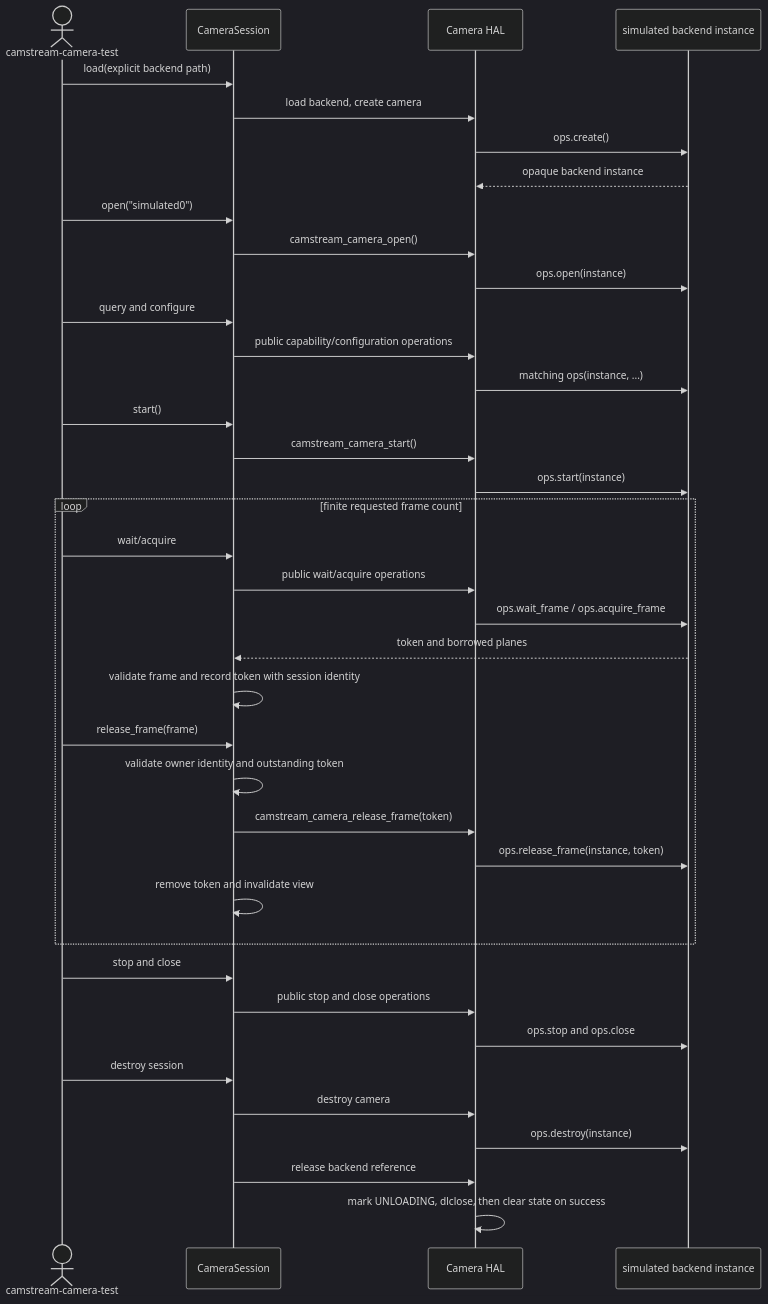
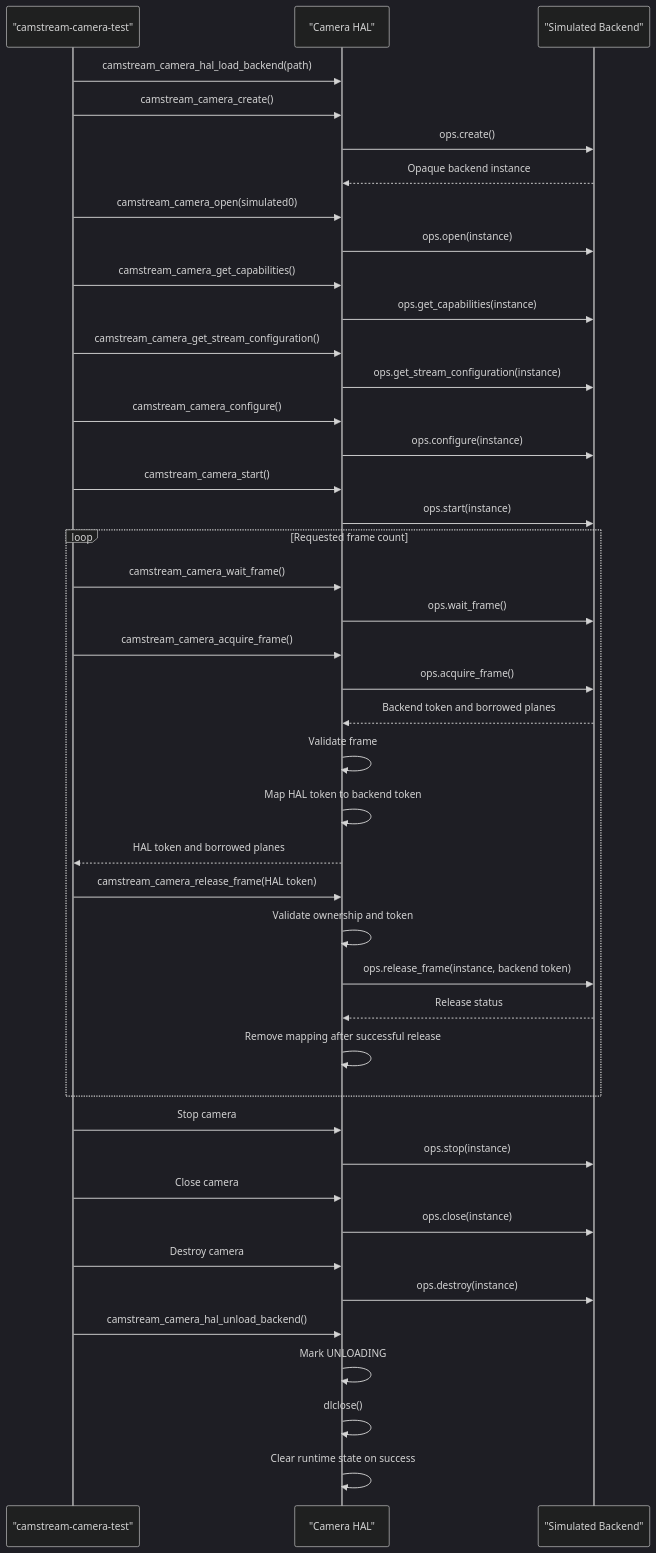
The third of 3 diagrams in docs/architecture/runtime-flows.md (tungnhs2014/camstream-control), drawn with Mermaid (dark theme) before and after one commit. The commit also changed other lines of this file and 35 other files, not shown here.

Commit message:
feat(camera): complete Stage 8.5 HAL architecture and V4L2 phase 1

````diff
--- a/docs/architecture/runtime-flows.md
+++ b/docs/architecture/runtime-flows.md
@@ -52,41 +54,59 @@
 ```mermaid
 sequenceDiagram
-    actor App as camstream-camera-test
-    participant Session as CameraSession
-    participant HAL as Camera HAL
-    participant Backend as simulated backend instance
+    participant App as "camstream-camera-test"
+    participant HAL as "Camera HAL"
+    participant Backend as "Simulated Backend"
 
-    App->>Session: load(explicit backend path)
-    Session->>HAL: load backend, create camera
+    App->>HAL: camstream_camera_hal_load_backend(path)
+
+    App->>HAL: camstream_camera_create()
     HAL->>Backend: ops.create()
-    Backend-->>HAL: opaque backend instance
-    App->>Session: open("simulated0")
-    Session->>HAL: camstream_camera_open()
+    Backend-->>HAL: Opaque backend instance
+
+    App->>HAL: camstream_camera_open(simulated0)
     HAL->>Backend: ops.open(instance)
-    App->>Session: query and configure
-    Session->>HAL: public capability/configuration operations
-    HAL->>Backend: matching ops(instance, ...)
-    App->>Session: start()
-    Session->>HAL: camstream_camera_start()
+
+    App->>HAL: camstream_camera_get_capabilities()
+    HAL->>Backend: ops.get_capabilities(instance)
+
+    App->>HAL: camstream_camera_get_stream_configuration()
+    HAL->>Backend: ops.get_stream_configuration(instance)
+
+    App->>HAL: camstream_camera_configure()
+    HAL->>Backend: ops.configure(instance)
+
+    App->>HAL: camstream_camera_start()
     HAL->>Backend: ops.start(instance)
-    loop finite requested frame count
-        App->>Session: wait/acquire
-        Session->>HAL: public wait/acquire operations
-        HAL->>Backend: ops.wait_frame / ops.acquire_frame
-        Backend-->>Session: token and borrowed planes
-        Session->>Session: validate frame and record token with session identity
-        App->>Session: release_frame(frame)
-        Session->>Session: validate owner identity and outstanding token
-        Session->>HAL: camstream_camera_release_frame(token)
-        HAL->>Backend: ops.release_frame(instance, token)
-        Session->>Session: remove token and invalidate view
+
+    loop Requested frame count
+        App->>HAL: camstream_camera_wait_frame()
+        HAL->>Backend: ops.wait_frame()
+
+        App->>HAL: camstream_camera_acquire_frame()
+        HAL->>Backend: ops.acquire_frame()
+        Backend-->>HAL: Backend token and borrowed planes
+        HAL->>HAL: Validate frame
+        HAL->>HAL: Map HAL token to backend token
+        HAL-->>App: HAL token and borrowed planes
+
+        App->>HAL: camstream_camera_release_frame(HAL token)
+        HAL->>HAL: Validate ownership and token
+        HAL->>Backend: ops.release_frame(instance, backend token)
+        Backend-->>HAL: Release status
+        HAL->>HAL: Remove mapping after successful release
     end
-    App->>Session: stop and close
-    Session->>HAL: public stop and close operations
-    HAL->>Backend: ops.stop and ops.close
-    App->>Session: destroy session
-    Session->>HAL: destroy camera
+
+    App->>HAL: Stop camera
+    HAL->>Backend: ops.stop(instance)
+
+    App->>HAL: Close camera
+    HAL->>Backend: ops.close(instance)
+
+    App->>HAL: Destroy camera
     HAL->>Backend: ops.destroy(instance)
-    Session->>HAL: release backend reference
-    HAL->>HAL: mark UNLOADING, dlclose, then clear state on success
+
+    App->>HAL: camstream_camera_hal_unload_backend()
+    HAL->>HAL: Mark UNLOADING
+    HAL->>HAL: dlclose()
+    HAL->>HAL: Clear runtime state on success
 ```
````
